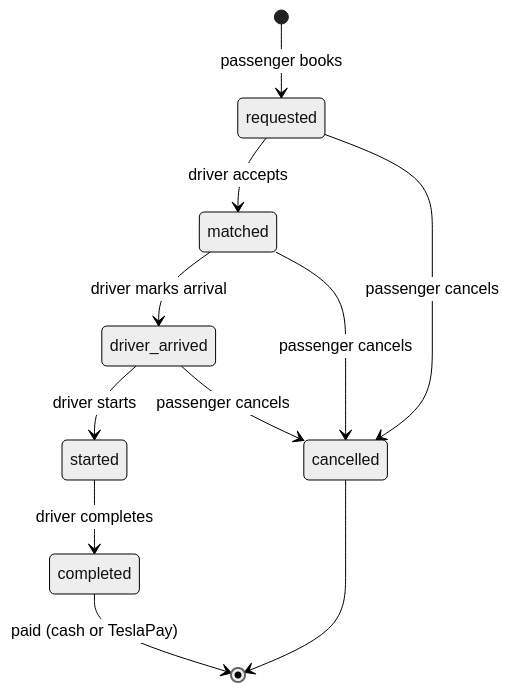
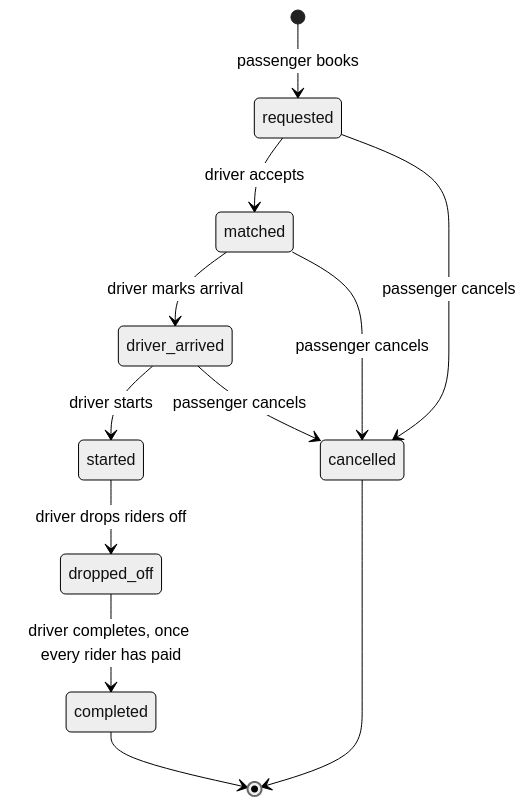
One commit to AsadShibli/dhaka-tesla-pool changed the second of 2 diagrams in README.md. Above: the diagram before and after it, drawn with Mermaid (neutral theme). The commit also changed other lines of this file and 1 other file, not shown here.

Commit message:
docs: describe pay-before-complete, the offline rule, and notifications

````diff
--- a/README.md
+++ b/README.md
@@ -110,13 +111,14 @@
 ```mermaid
 stateDiagram-v2
   [*] --> requested: passenger books
   requested --> matched: driver accepts
   matched --> driver_arrived: driver marks arrival
   driver_arrived --> started: driver starts
-  started --> completed: driver completes
+  started --> dropped_off: driver drops riders off
+  dropped_off --> completed: driver completes, once every rider has paid
   requested --> cancelled: passenger cancels
   matched --> cancelled: passenger cancels
   driver_arrived --> cancelled: passenger cancels
-  completed --> [*]: paid (cash or TeslaPay)
+  completed --> [*]
   cancelled --> [*]
 ```
````
